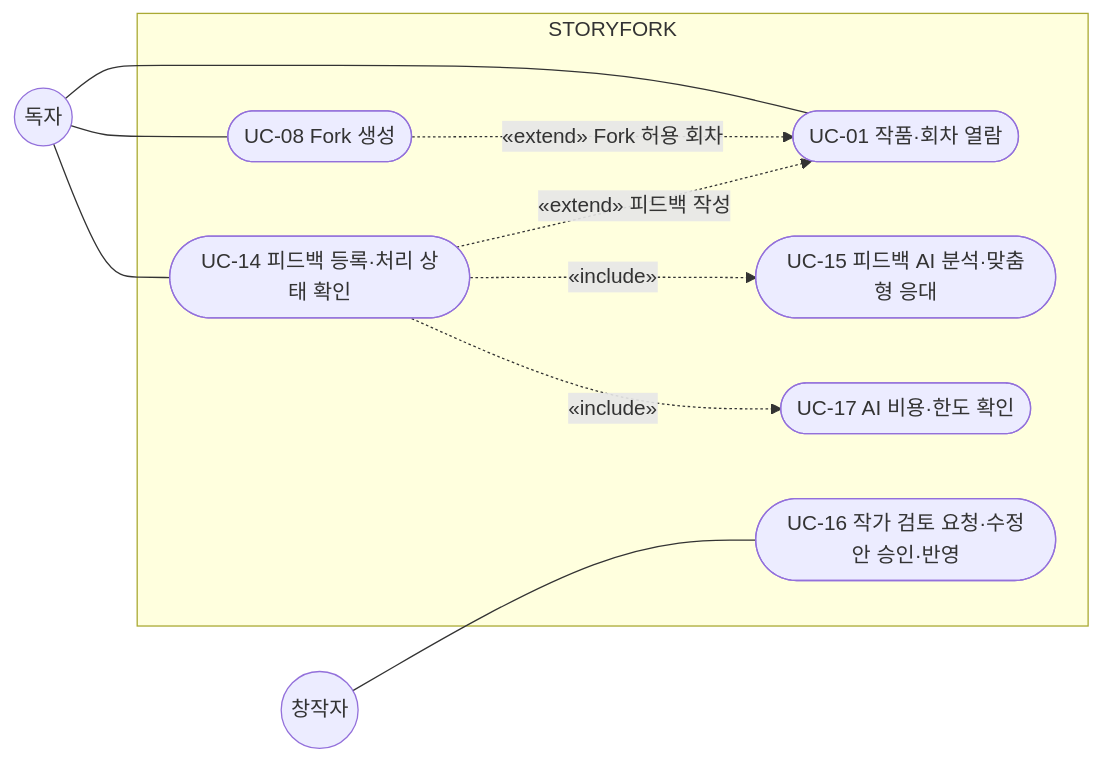
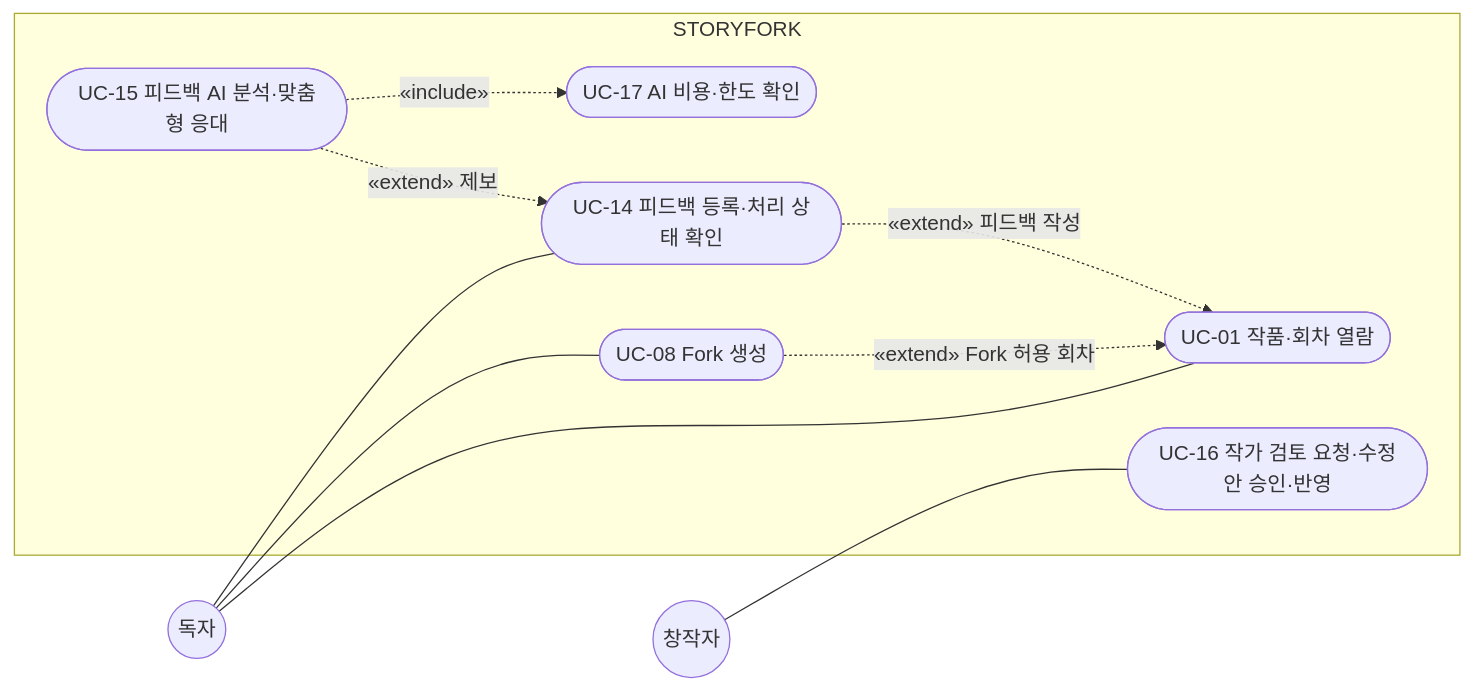
Before and after one commit to SKNETWORKS-FAMILY-AICAMP/SKN34-FINAL-4TEAM: the sixth of 9 diagrams in docs/usecase.md, drawn with Mermaid. The commit also changed other lines of this file and 17 other files, not shown here.

````diff
--- a/docs/usecase.md
+++ b/docs/usecase.md
@@ -304,21 +304,21 @@
 ```mermaid
 flowchart LR
   R(("독자"))
   C(("창작자"))
   subgraph SYS["STORYFORK"]
     U01(["UC-01 작품·회차 열람"])
     U08(["UC-08 Fork 생성"])
     U14(["UC-14 피드백 등록·처리 상태 확인"])
     U15(["UC-15 피드백 AI 분석·맞춤형 응대"])
     U17(["UC-17 AI 비용·한도 확인"])
     U16(["UC-16 작가 검토 요청·수정안 승인·반영"])
   end
   R --- U01
   R --- U08
   R --- U14
   C --- U16
   U08 -.->|"«extend» Fork 허용 회차"| U01
   U14 -.->|"«extend» 피드백 작성"| U01
-  U14 -.->|"«include»"| U15
-  U14 -.->|"«include»"| U17
+  U15 -.->|"«extend» 제보"| U14
+  U15 -.->|"«include»"| U17
 ```
````
